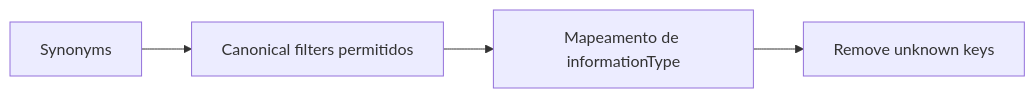
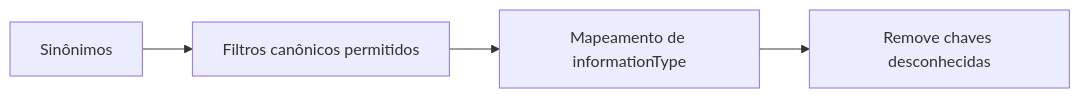
The fifth of 8 diagrams in docs/arquitetura.md (fernandesyuri33/chat-observatorio-turismo), drawn with Mermaid before and after one commit. The commit also changed other lines of this file and 1 other file, not shown here.

````diff
--- a/docs/arquitetura.md
+++ b/docs/arquitetura.md
@@ -122,8 +122,8 @@
 ```mermaid
 flowchart LR
 
-A[Synonyms]
-  --> B[Canonical filters permitidos]
+A[Sinônimos]
+  --> B[Filtros canônicos permitidos]
   --> C[Mapeamento de informationType]
-  --> D[Remove unknown keys]
+  --> D[Remove chaves desconhecidas]
 ```
````
